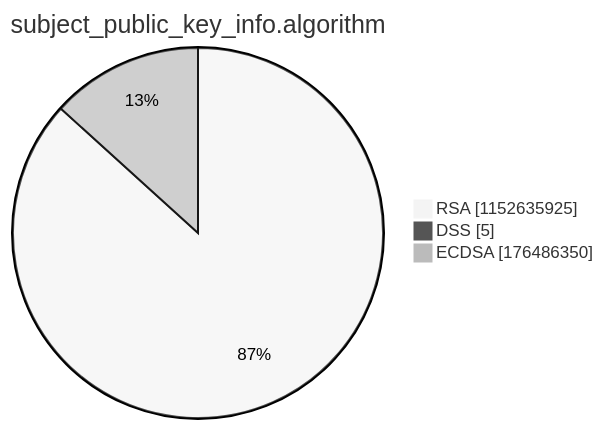
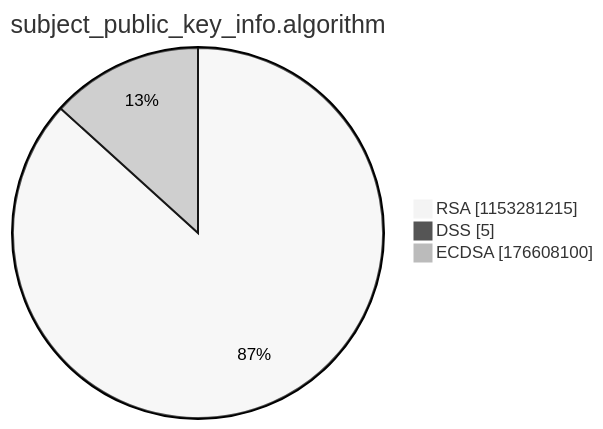
The third of 15 diagrams in argon2022/README.md (christiankrug/ctmonitor_visualization), drawn with Mermaid (neutral theme) before and after one commit. The commit also changed other lines of this file, not shown here.

````diff
--- a/argon2022/README.md
+++ b/argon2022/README.md
@@ -14,7 +14,7 @@
 ```mermaid
 pie showData
 title subject_public_key_info.algorithm
-"RSA" :1152635925
+"RSA" :1153281215
 "DSS" :5
-"ECDSA" :176486350
+"ECDSA" :176608100
 ```
````
